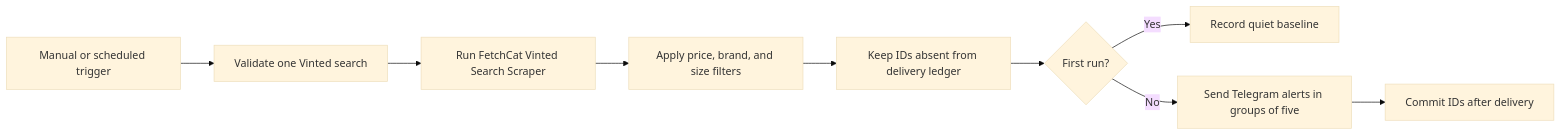
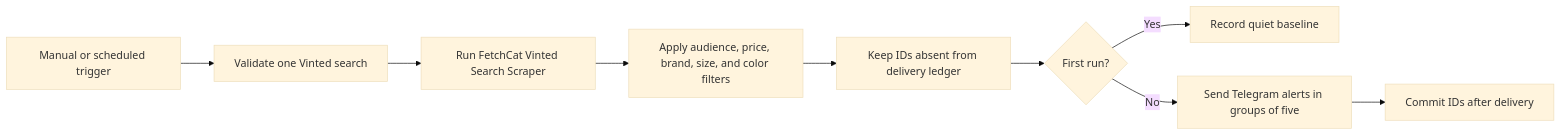
One commit to annamiy/fetchcat-n8n-workflows changed the diagram in workflows/vinted-new-listing-alerts/README.md. Above: the diagram before and after it, drawn with Mermaid (base theme). The commit also changed other lines of this file and 10 other files, not shown here.

Commit message:
feat: add Vinted audience and item filters

````diff
--- a/workflows/vinted-new-listing-alerts/README.md
+++ b/workflows/vinted-new-listing-alerts/README.md
@@ -44,11 +55,11 @@
 ```mermaid
 flowchart LR
   T[Manual or scheduled trigger] --> C[Validate one Vinted search]
   C --> A[Run FetchCat Vinted Search Scraper]
-  A --> F[Apply price, brand, and size filters]
+  A --> F[Apply audience, price, brand, size, and color filters]
   F --> D[Keep IDs absent from delivery ledger]
   D --> B{First run?}
   B -->|Yes| Q[Record quiet baseline]
   B -->|No| M[Send Telegram alerts in groups of five]
   M --> L[Commit IDs after delivery]
 ```
````
